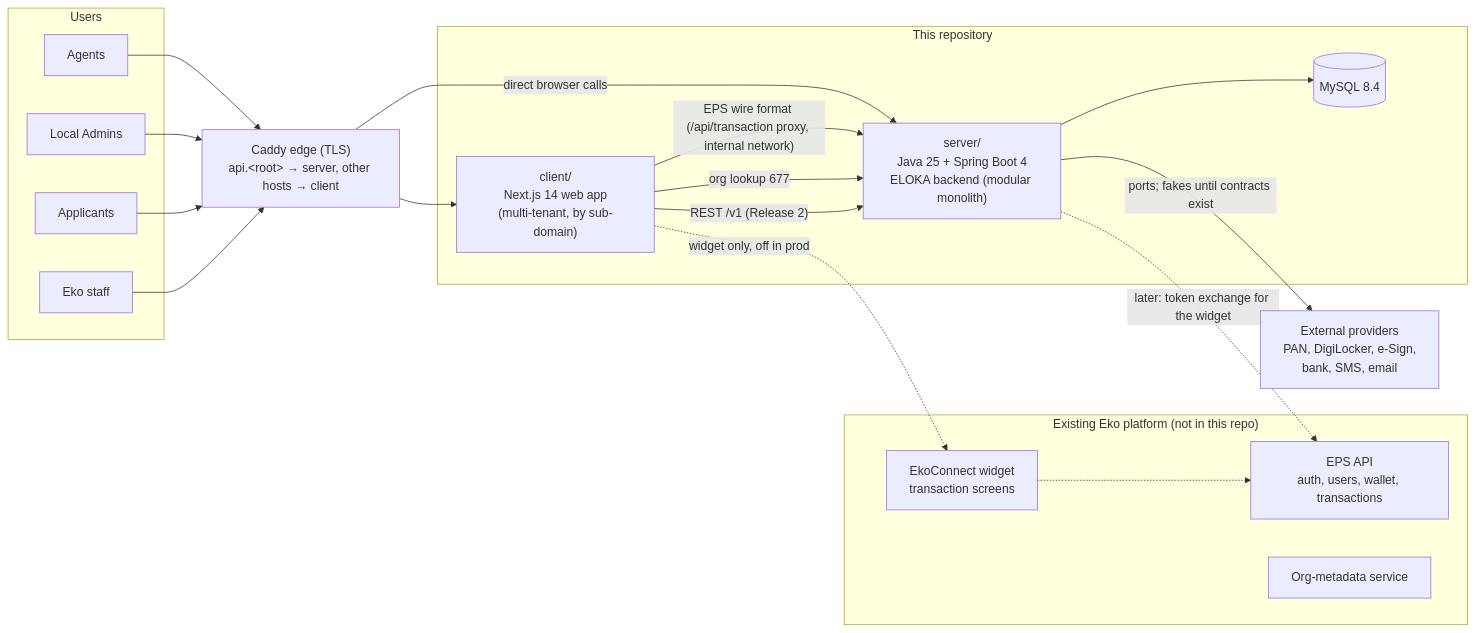
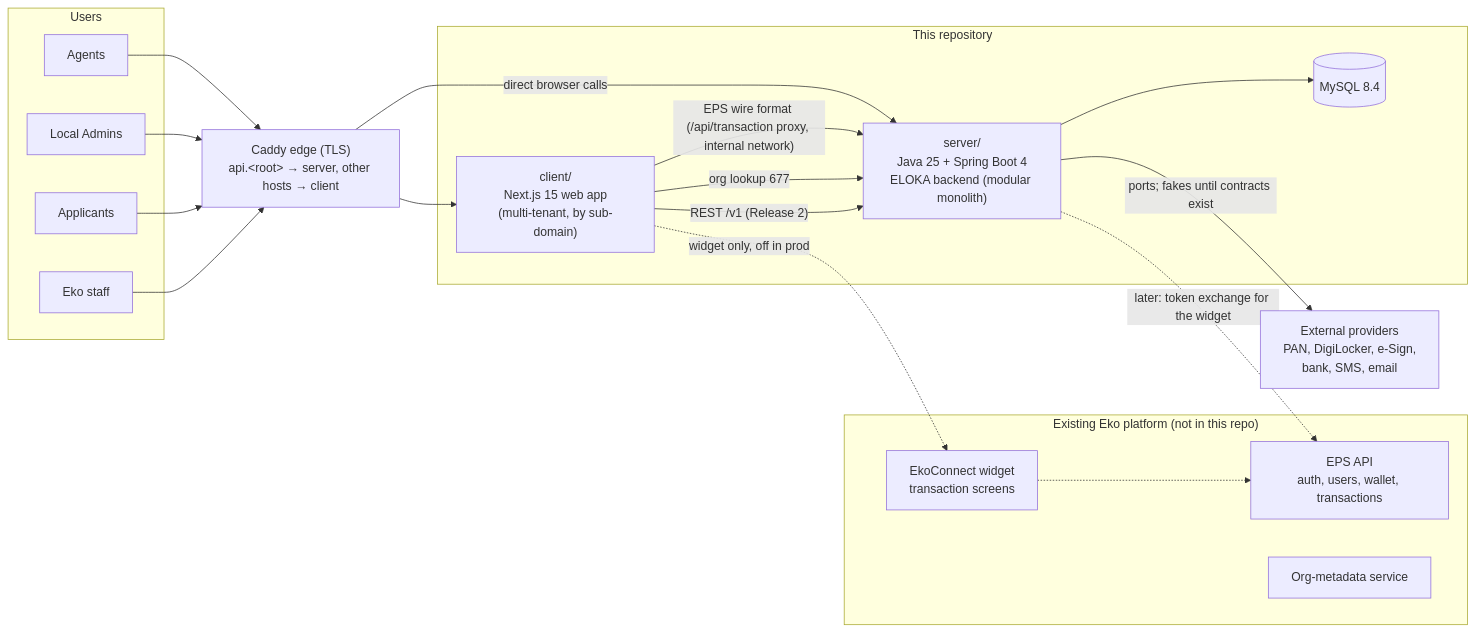
The first of 3 diagrams in docs/ARCHITECTURE_OVERVIEW.md (sourya-07/eloka), drawn with Mermaid before and after one commit. The commit also changed other lines of this file and 7 other files, not shown here.

First line of the commit message:
build(client): Next.js 15.5.28 and patched transitive packages

````diff
--- a/docs/ARCHITECTURE_OVERVIEW.md
+++ b/docs/ARCHITECTURE_OVERVIEW.md
@@ -19,37 +19,37 @@
 ```mermaid
 flowchart LR
     subgraph Users
         AG[Agents]
         LA[Local Admins]
         AP[Applicants]
         ST[Eko staff]
     end
 
     subgraph Repo["This repository"]
-        C["client/<br/>Next.js 14 web app<br/>(multi-tenant, by sub-domain)"]
+        C["client/<br/>Next.js 15 web app<br/>(multi-tenant, by sub-domain)"]
         S["server/<br/>Java 25 + Spring Boot 4<br/>ELOKA backend (modular monolith)"]
         DB[(MySQL 8.4)]
     end
 
     subgraph Eko["Existing Eko platform (not in this repo)"]
         EPS[EPS API<br/>auth, users, wallet, transactions]
         META[Org-metadata service]
         W[EkoConnect widget<br/>transaction screens]
     end
 
     EXT[External providers<br/>PAN, DigiLocker, e-Sign,<br/>bank, SMS, email]
 
     EDGE["Caddy edge (TLS)<br/>api.&lt;root&gt; → server, other hosts → client"]
     AG & LA --> EDGE
     AP & ST --> EDGE
     EDGE --> C
     EDGE -->|"direct browser calls"| S
     C -->|"EPS wire format (/api/transaction proxy, internal network)"| S
     C -->|"org lookup 677"| S
     C -.->|"widget only, off in prod"| W
     W -.-> EPS
     C -->|"REST /v1 (Release 2)"| S
     S --> DB
     S -.->|"later: token exchange for the widget"| EPS
     S -->|"ports; fakes until contracts exist"| EXT
 ```
````
